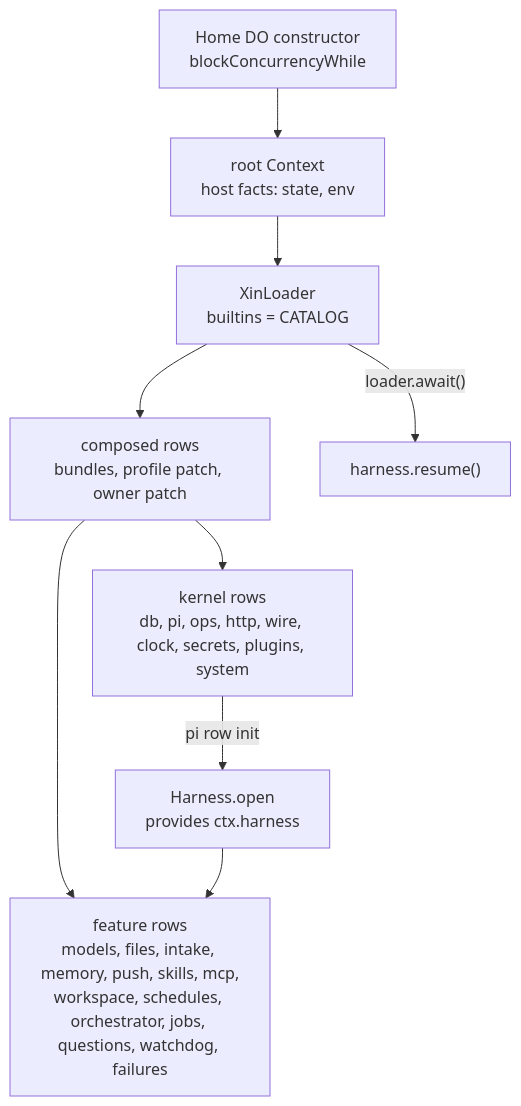
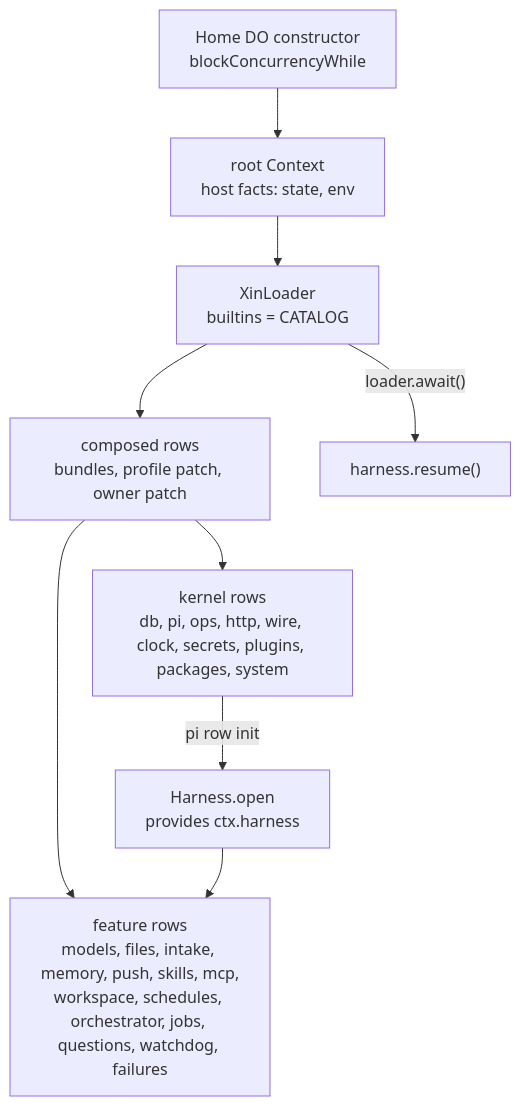
One commit to keyurbodar/xin changed the diagram in docs/plan/architecture/09-plugins.md. Above: the diagram before and after it, drawn with Mermaid. The commit also changed other lines of this file and 77 other files, not shown here.

````diff
--- a/docs/plan/architecture/09-plugins.md
+++ b/docs/plan/architecture/09-plugins.md
@@ -19,11 +19,11 @@
 ```mermaid
 flowchart TB
   DO["Home DO constructor<br/>blockConcurrencyWhile"] --> ROOT["root Context<br/>host facts: state, env"]
   ROOT --> L["XinLoader<br/>builtins = CATALOG"]
   L --> ROWS["composed rows<br/>bundles, profile patch, owner patch"]
-  ROWS --> K["kernel rows<br/>db, pi, ops, http, wire, clock, secrets, plugins, system"]
+  ROWS --> K["kernel rows<br/>db, pi, ops, http, wire, clock, secrets, plugins, packages, system"]
   ROWS --> F["feature rows<br/>models, files, intake, memory, push, skills, mcp,<br/>workspace, schedules, orchestrator, jobs, questions, watchdog, failures"]
   K -->|"pi row init"| OPEN["Harness.open<br/>provides ctx.harness"]
   OPEN --> F
   L -->|"loader.await()"| RES["harness.resume()"]
 ```
````
